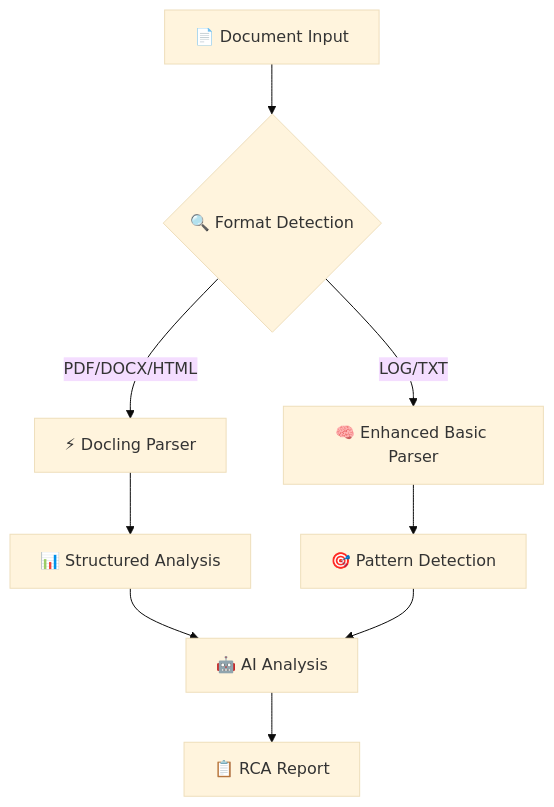
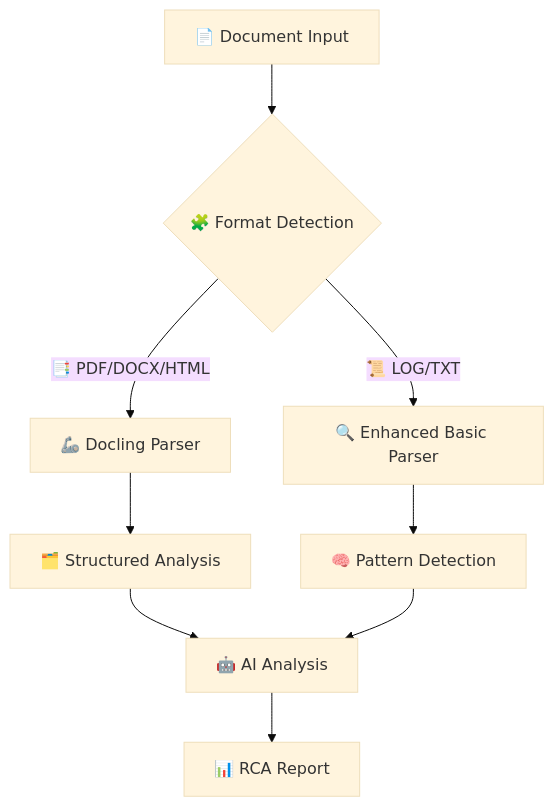
The diagram in README.md (rockenman1234/GraniteRCA), drawn with Mermaid (base theme) before and after one commit. The commit also changed other lines of this file, not shown here.

````diff
--- a/README.md
+++ b/README.md
@@ -426,11 +419,11 @@
 ```mermaid
 graph TB
-    A[📄 Document Input] --> B{🔍 Format Detection}
-    B -->|PDF/DOCX/HTML| C[⚡ Docling Parser]
-    B -->|LOG/TXT| D[🧠 Enhanced Basic Parser]
-    C --> E[📊 Structured Analysis]
-    D --> F[🎯 Pattern Detection]
+    A[📄 Document Input] --> B{🧩 Format Detection}
+    B -->|📑 PDF/DOCX/HTML| C[🦾 Docling Parser]
+    B -->|📜 LOG/TXT| D[🔍 Enhanced Basic Parser]
+    C --> E[🗂️ Structured Analysis]
+    D --> F[🧠 Pattern Detection]
     E --> G[🤖 AI Analysis]
     F --> G
-    G --> H[📋 RCA Report]
+    G --> H[📊 RCA Report]
 ```
````
